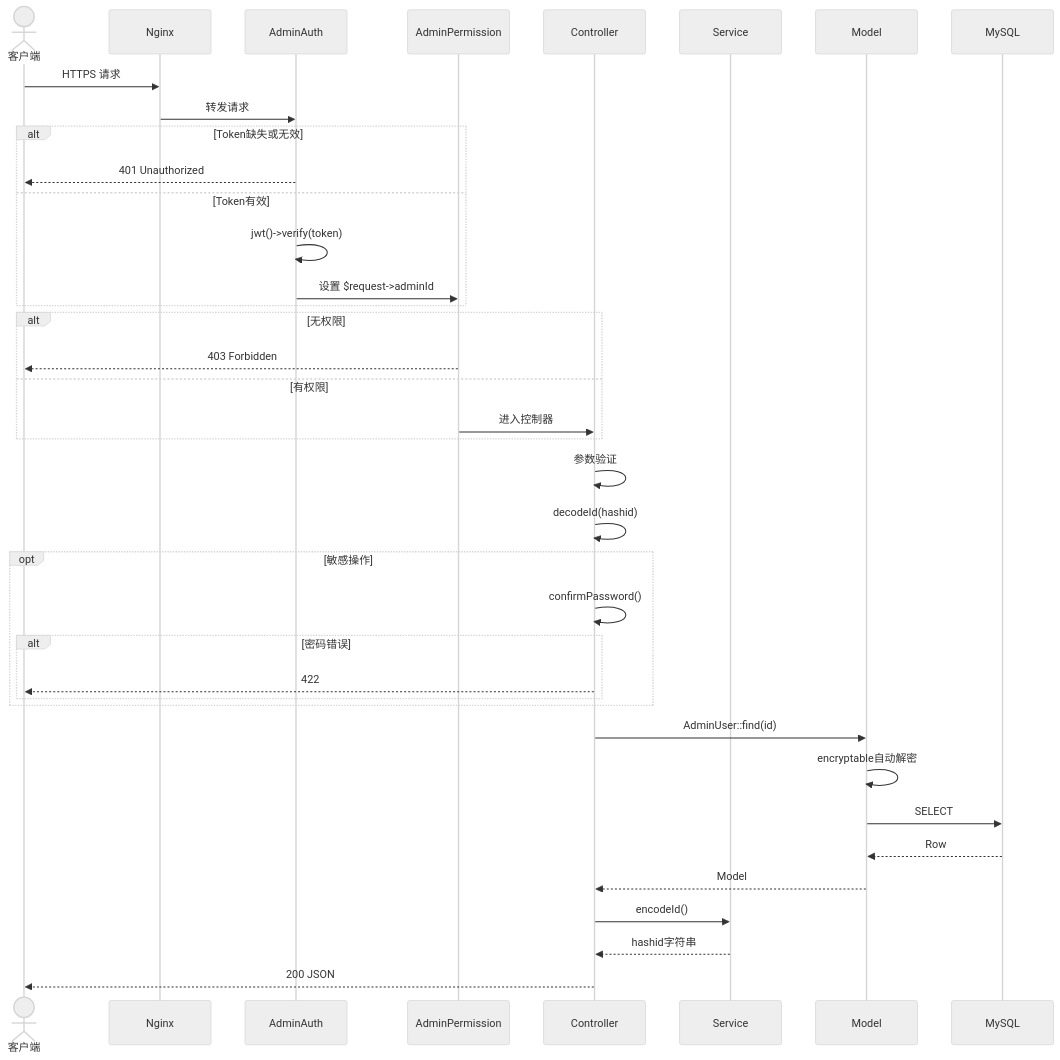
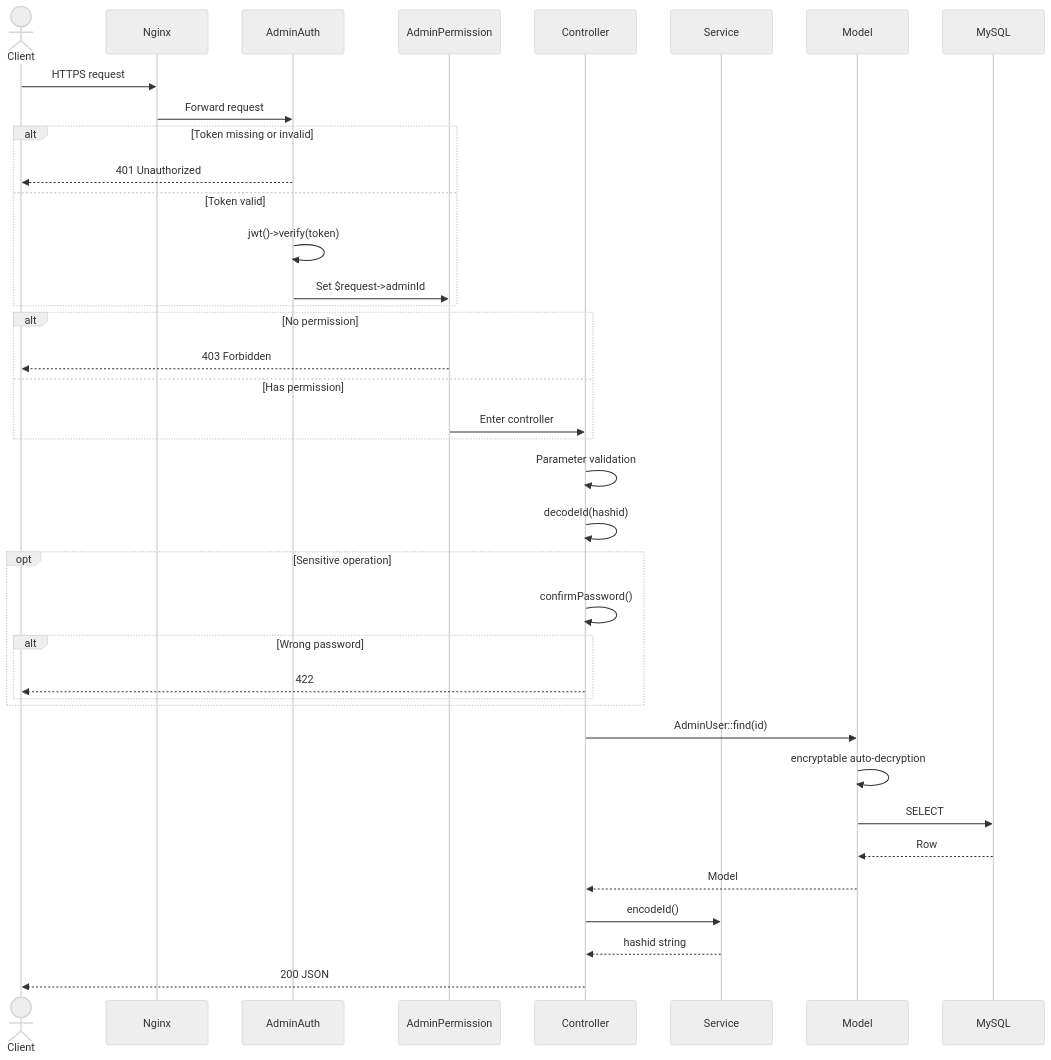
Before and after one commit to erikwang2013/game-platform-php: the diagram in admin/docs/diagrams/03-request-lifecycle.en.md, drawn with Mermaid (neutral theme). The commit also changed 211 other files, not shown here.

First line of the commit message:
fix: 支付配置读回类型根治、提现事件对账巡检，12 语族 mermaid 与 API 标签本地化

````diff
--- a/admin/docs/diagrams/03-request-lifecycle.en.md
+++ b/admin/docs/diagrams/03-request-lifecycle.en.md
@@ -7,48 +7,48 @@
 ```mermaid
 sequenceDiagram
-    actor C as 客户端
+    actor C as Client
     participant N as Nginx
     participant MW1 as AdminAuth
     participant MW2 as AdminPermission
     participant CTL as Controller
     participant SVC as Service
     participant MDL as Model
     participant DB as MySQL
 
-    C->>N: HTTPS 请求
-    N->>MW1: 转发请求
+    C->>N: HTTPS request
+    N->>MW1: Forward request
 
-    alt Token缺失或无效
+    alt Token missing or invalid
         MW1-->>C: 401 Unauthorized
-    else Token有效
+    else Token valid
         MW1->>MW1: jwt()->verify(token)
-        MW1->>MW2: 设置 $request->adminId
+        MW1->>MW2: Set $request->adminId
     end
 
-    alt 无权限
+    alt No permission
         MW2-->>C: 403 Forbidden
-    else 有权限
-        MW2->>CTL: 进入控制器
+    else Has permission
+        MW2->>CTL: Enter controller
     end
 
-    CTL->>CTL: 参数验证
+    CTL->>CTL: Parameter validation
     CTL->>CTL: decodeId(hashid)
 
-    opt 敏感操作
+    opt Sensitive operation
         CTL->>CTL: confirmPassword()
-        alt 密码错误
+        alt Wrong password
             CTL-->>C: 422
         end
     end
 
     CTL->>MDL: AdminUser::find(id)
-    MDL->>MDL: encryptable自动解密
+    MDL->>MDL: encryptable auto-decryption
     MDL->>DB: SELECT
     DB-->>MDL: Row
     MDL-->>CTL: Model
 
     CTL->>SVC: encodeId()
-    SVC-->>CTL: hashid字符串
+    SVC-->>CTL: hashid string
 
     CTL-->>C: 200 JSON
 ```
````
